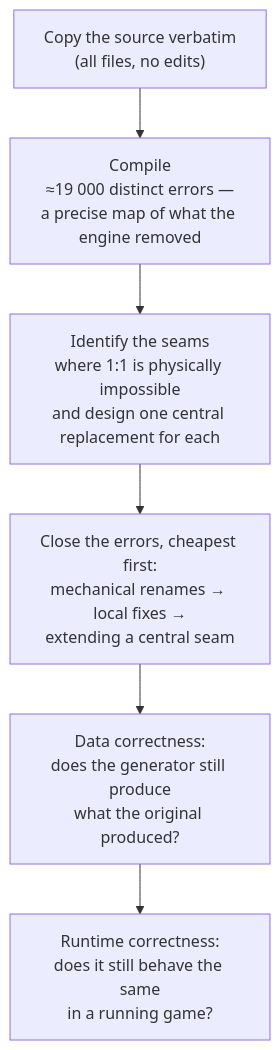
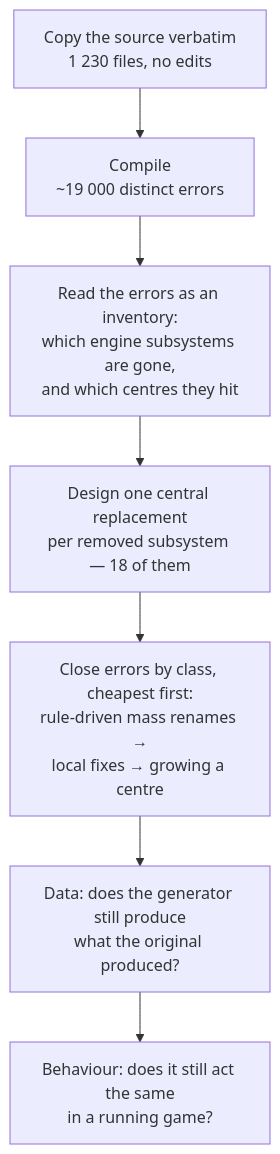
The diagram in README.md (wolfram0108/gregtech6_w), drawn with Mermaid before and after one commit. The commit also changed other lines of this file and 2 other files, not shown here.

````diff
--- a/README.md
+++ b/README.md
@@ -133,8 +138,9 @@
 ```mermaid
 graph TD
-  A["Copy the source verbatim<br/>(all files, no edits)"] --> B["Compile<br/>≈19 000 distinct errors —<br/>a precise map of what the engine removed"]
-  B --> C["Identify the seams<br/>where 1:1 is physically impossible<br/>and design one central replacement for each"]
-  C --> D["Close the errors, cheapest first:<br/>mechanical renames → local fixes →<br/>extending a central seam"]
-  D --> E["Data correctness:<br/>does the generator still produce<br/>what the original produced?"]
-  E --> F["Runtime correctness:<br/>does it still behave the same<br/>in a running game?"]
+  A["Copy the source verbatim<br/>1 230 files, no edits"] --> B["Compile<br/>~19 000 distinct errors"]
+  B --> C["Read the errors as an inventory:<br/>which engine subsystems are gone,<br/>and which centres they hit"]
+  C --> D["Design one central replacement<br/>per removed subsystem — 18 of them"]
+  D --> E["Close errors by class, cheapest first:<br/>rule-driven mass renames →<br/>local fixes → growing a centre"]
+  E --> F["Data: does the generator still produce<br/>what the original produced?"]
+  F --> G["Behaviour: does it still act the same<br/>in a running game?"]
 ```
````
